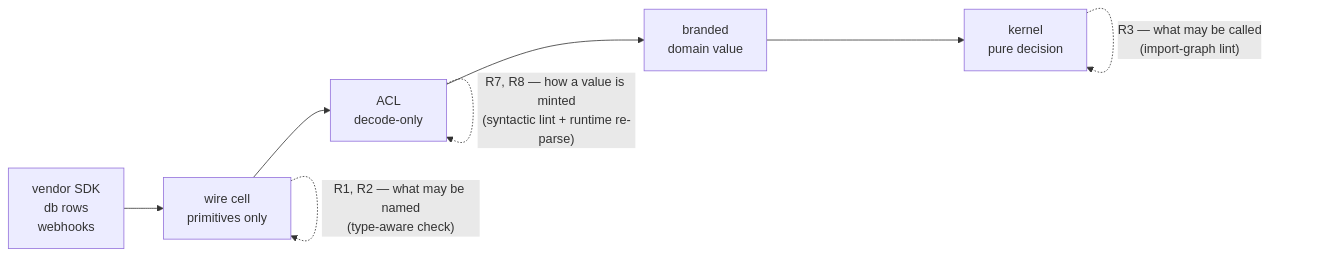
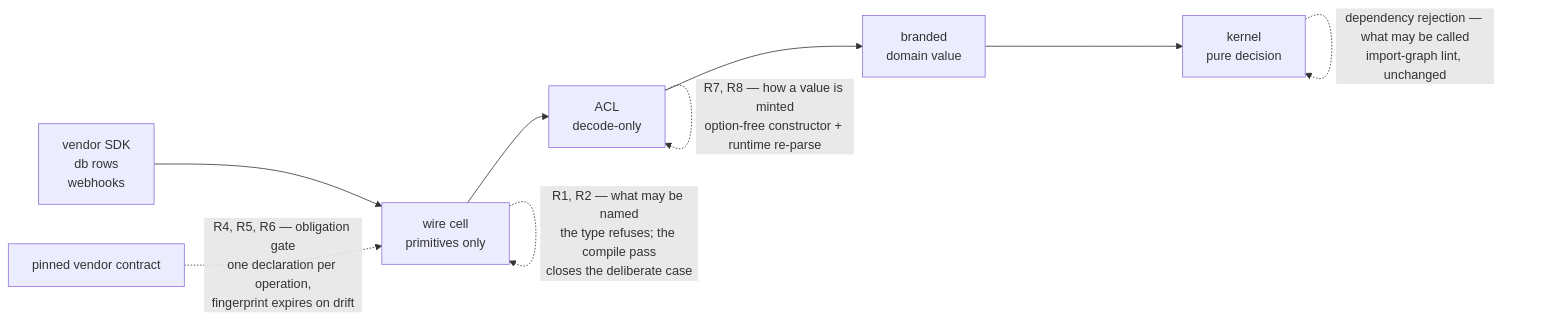
The diagram in docs/plans/2026-08-15-001-feat-foreign-edge-boundary-law-plan.md (systemfsoftware/systemfsoftware), drawn with Mermaid before and after one commit. The commit also changed other lines of this file, not shown here.

Commit message:
docs(global): carry the boundary law in the type, not the filename

````diff
--- a/docs/plans/2026-08-15-001-feat-foreign-edge-boundary-law-plan.md
+++ b/docs/plans/2026-08-15-001-feat-foreign-edge-boundary-law-plan.md
@@ -88,10 +99,11 @@
 ```mermaid
 flowchart LR
   V["vendor SDK<br/>db rows<br/>webhooks"] --> W["wire cell<br/>primitives only"]
   W --> A["ACL<br/>decode-only"]
   A --> D["branded<br/>domain value"]
   D --> K["kernel<br/>pure decision"]
-  W -. "R1, R2 — what may be named<br/>(type-aware check)" .-> W
-  A -. "R7, R8 — how a value is minted<br/>(syntactic lint + runtime re-parse)" .-> A
-  K -. "R3 — what may be called<br/>(import-graph lint)" .-> K
+  W -. "R1, R2 — what may be named<br/>the type refuses; the compile pass<br/>closes the deliberate case" .-> W
+  A -. "R7, R8 — how a value is minted<br/>option-free constructor + runtime re-parse" .-> A
+  K -. "dependency rejection — what may be called<br/>import-graph lint, unchanged" .-> K
+  C["pinned vendor contract"] -. "R4, R5, R6 — obligation gate<br/>one declaration per operation,<br/>fingerprint expires on drift" .-> W
 ```
````
